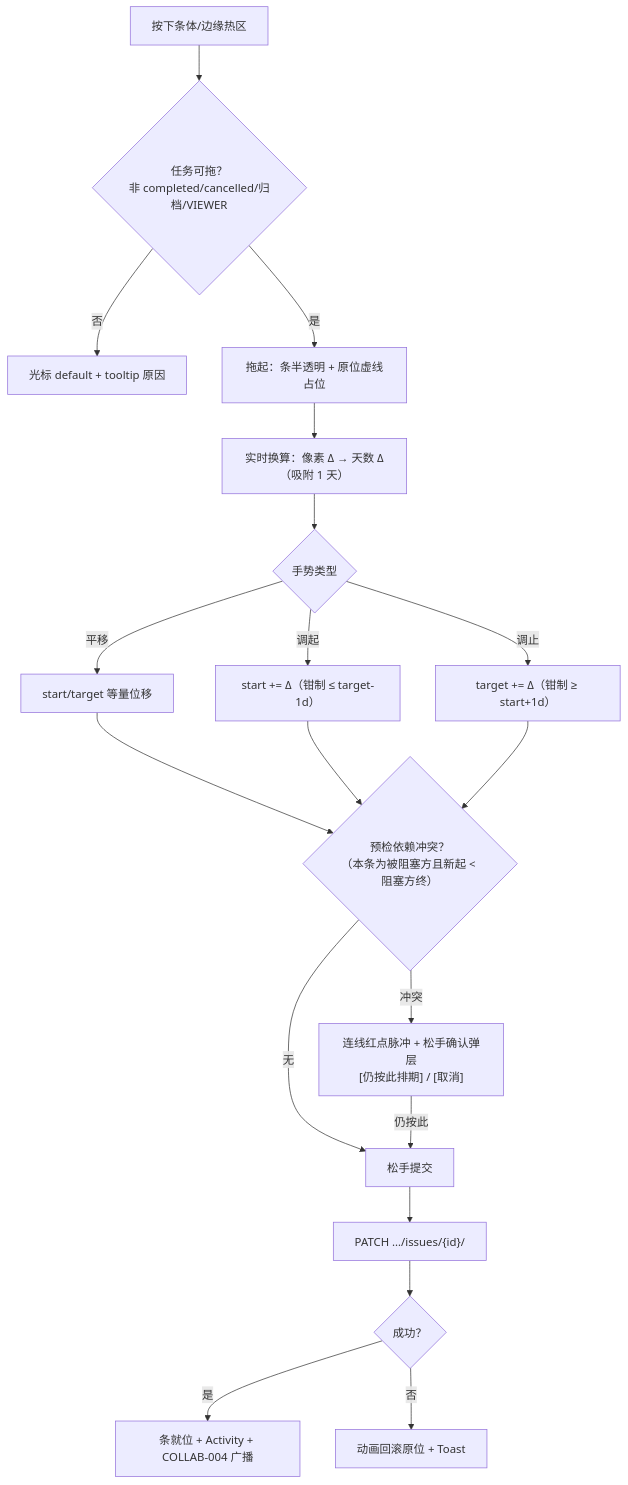
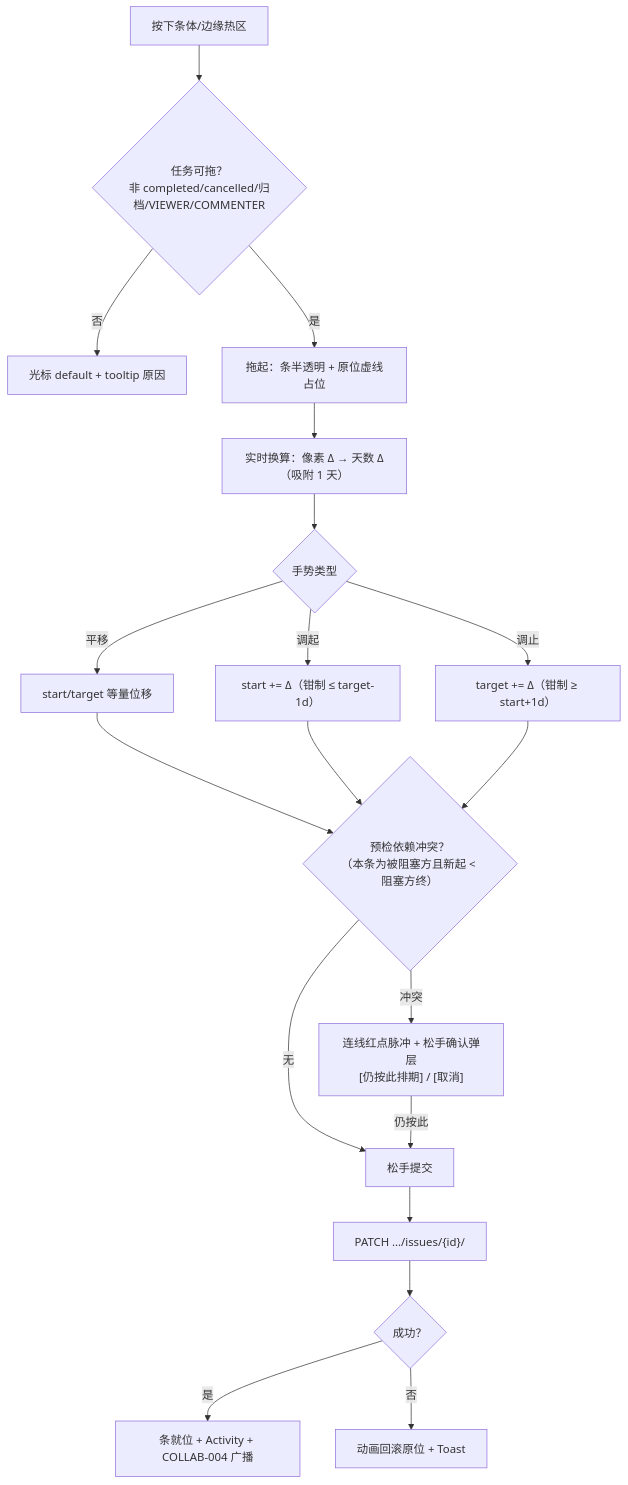
One commit to RabbitAI-Lab/RabbitProjects changed the first of 2 diagrams in docs/sprint-4-gantt-file/GANTT-002-delay-export.md. Above: the diagram before and after it, drawn with Mermaid. The commit also changed other lines of this file and 6 other files, not shown here.

````diff
--- a/docs/sprint-4-gantt-file/GANTT-002-delay-export.md
+++ b/docs/sprint-4-gantt-file/GANTT-002-delay-export.md
@@ -94,21 +95,21 @@
 ```mermaid
 flowchart TD
-    A["按下条体/边缘热区"] --> B{"任务可拖？<br/>非 completed/cancelled/归档/VIEWER"}
+    A["按下条体/边缘热区"] --> B{"任务可拖？<br/>非 completed/cancelled/归档/VIEWER/COMMENTER"}
     B -->|否| B1["光标 default + tooltip 原因"]
     B -->|是| C["拖起：条半透明 + 原位虚线占位"]
     C --> D["实时换算：像素 Δ → 天数 Δ（吸附 1 天）"]
     D --> E{"手势类型"}
     E -->|平移| F["start/target 等量位移"]
     E -->|调起| G["start += Δ（钳制 ≤ target-1d）"]
     E -->|调止| H["target += Δ（钳制 ≥ start+1d）"]
     F --> I{"预检依赖冲突？<br/>（本条为被阻塞方且新起 < 阻塞方终）"}
     G --> I
     H --> I
     I -->|冲突| J["连线红点脉冲 + 松手确认弹层<br/>[仍按此排期] / [取消]"]
     I -->|无| K["松手提交"]
     J -->|仍按此| K
     K --> L["PATCH …/issues/{id}/"]
     L --> M{"成功？"}
     M -->|是| N["条就位 + Activity + COLLAB-004 广播"]
     M -->|否| O["动画回滚原位 + Toast"]
 ```
````
